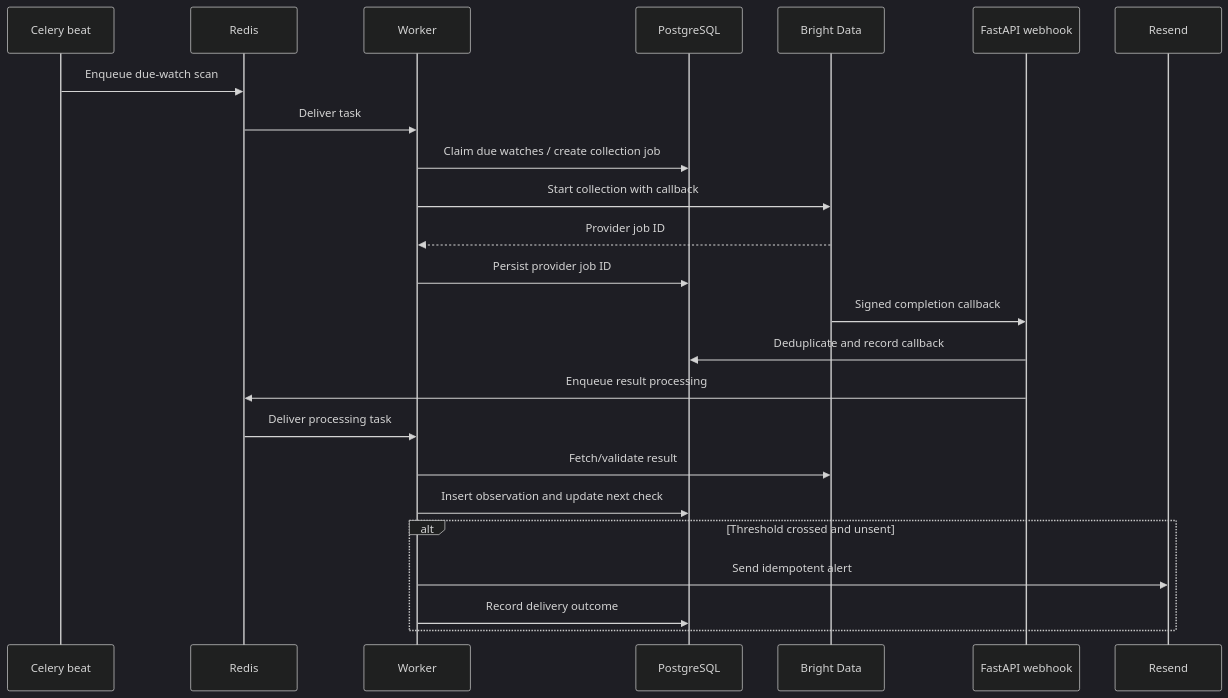
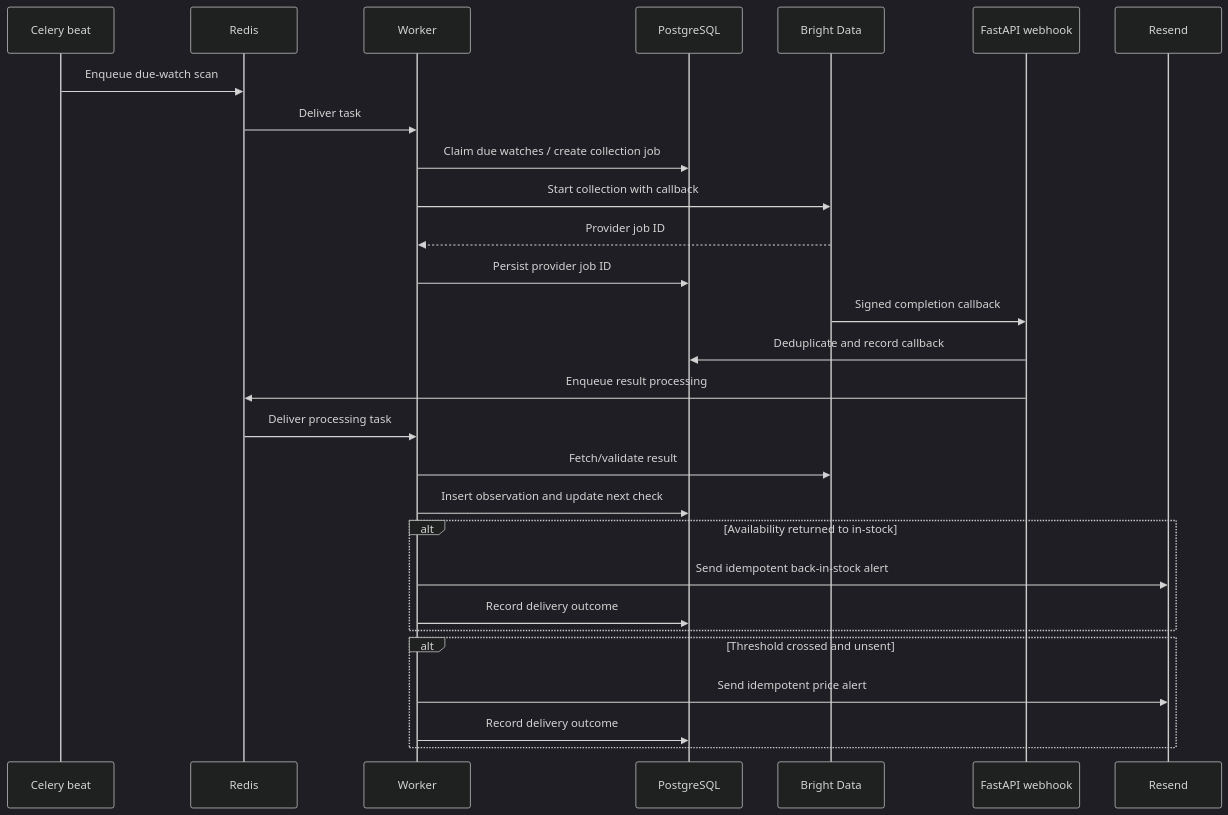
Before and after one commit to ogchicken/PriceTracker: the fourth of 4 diagrams in docs/architecture.md, drawn with Mermaid (dark theme). The commit also changed other lines of this file and 4 other files, not shown here.

First line of the commit message:
docs: cover back-in-stock alerts in narrative docs

````diff
--- a/docs/architecture.md
+++ b/docs/architecture.md
@@ -152,27 +154,31 @@
 ```mermaid
 sequenceDiagram
     participant S as Celery beat
     participant R as Redis
     participant W as Worker
     participant P as PostgreSQL
     participant B as Bright Data
     participant A as FastAPI webhook
     participant E as Resend
 
     S->>R: Enqueue due-watch scan
     R->>W: Deliver task
     W->>P: Claim due watches / create collection job
     W->>B: Start collection with callback
     B-->>W: Provider job ID
     W->>P: Persist provider job ID
     B->>A: Signed completion callback
     A->>P: Deduplicate and record callback
     A->>R: Enqueue result processing
     R->>W: Deliver processing task
     W->>B: Fetch/validate result
     W->>P: Insert observation and update next check
+    alt Availability returned to in-stock
+        W->>E: Send idempotent back-in-stock alert
+        W->>P: Record delivery outcome
+    end
     alt Threshold crossed and unsent
-        W->>E: Send idempotent alert
+        W->>E: Send idempotent price alert
         W->>P: Record delivery outcome
     end
 ```
````
